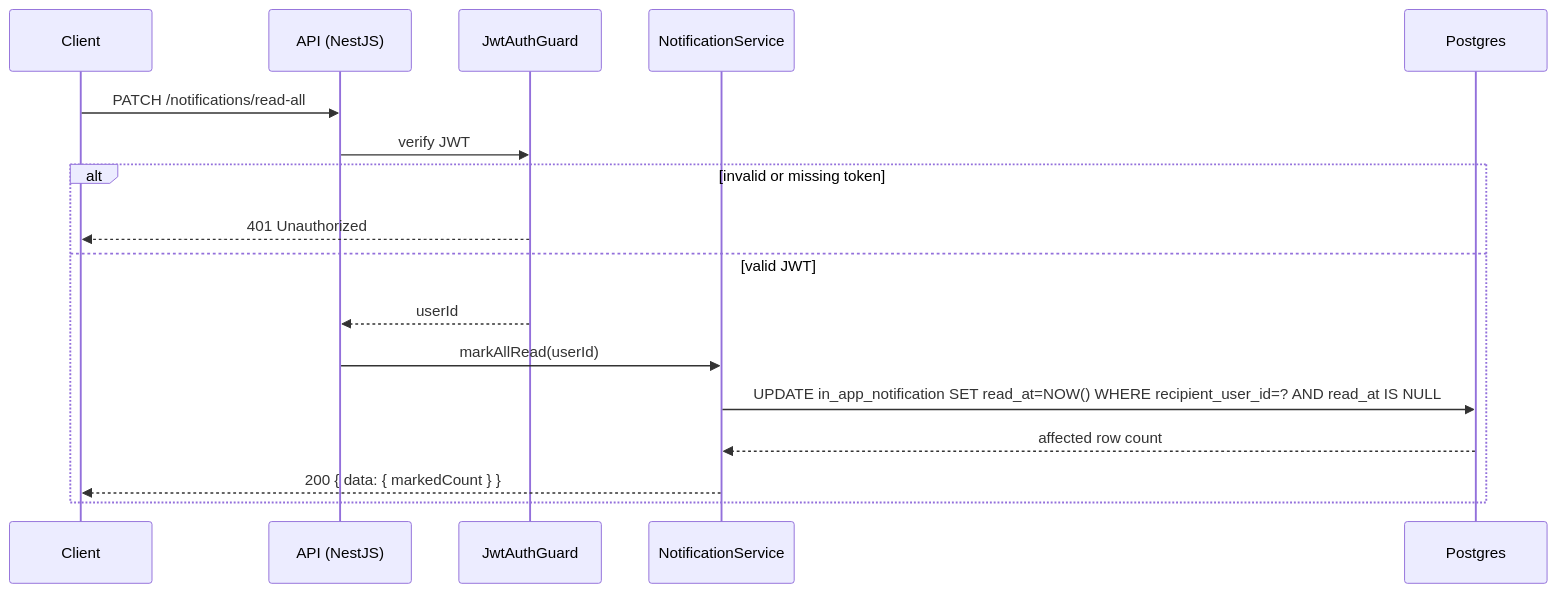
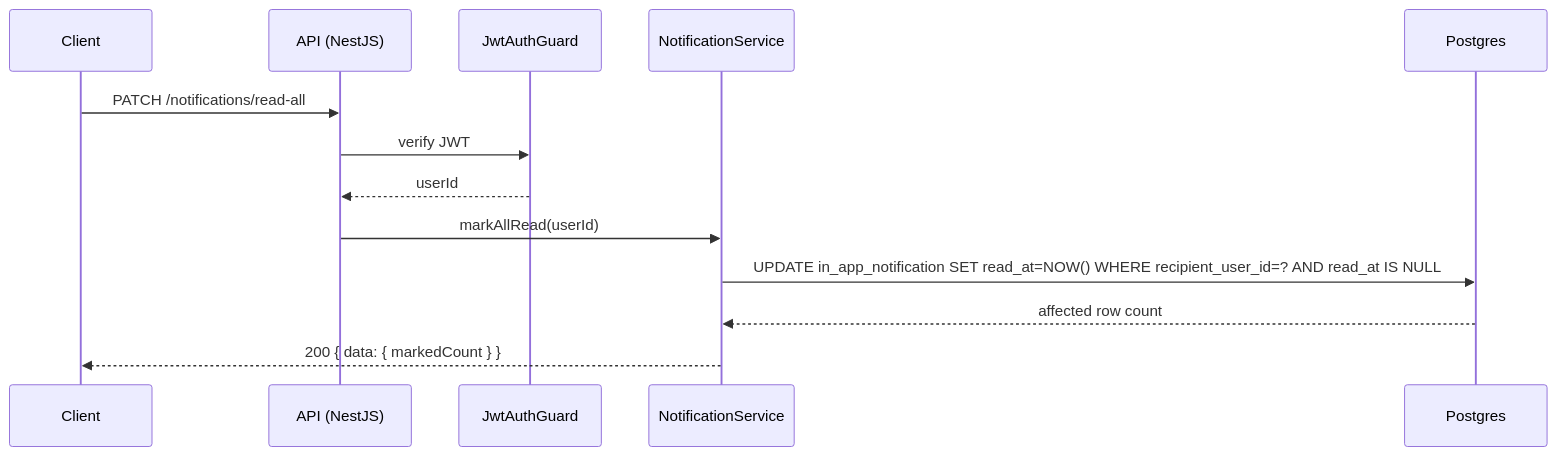
One commit to alisa-uthi/aliceut-ecom-document changed the fourth of 5 diagrams in phase-1/technical-design/api-design/notifications.md. Above: the diagram before and after it, drawn with Mermaid. The commit also changed other lines of this file and 53 other files, not shown here.

````diff
--- a/phase-1/technical-design/api-design/notifications.md
+++ b/phase-1/technical-design/api-design/notifications.md
@@ -199,20 +191,16 @@
 ```mermaid
 sequenceDiagram
     participant C as Client
     participant API as API (NestJS)
     participant JG as JwtAuthGuard
     participant S as NotificationService
     participant PG as Postgres
 
     C->>API: PATCH /notifications/read-all
     API->>JG: verify JWT
-    alt invalid or missing token
-        JG-->>C: 401 Unauthorized
-    else valid JWT
-        JG-->>API: userId
-        API->>S: markAllRead(userId)
-        S->>PG: UPDATE in_app_notification SET read_at=NOW() WHERE recipient_user_id=? AND read_at IS NULL
-        PG-->>S: affected row count
-        S-->>C: 200 { data: { markedCount } }
-    end
+    JG-->>API: userId
+    API->>S: markAllRead(userId)
+    S->>PG: UPDATE in_app_notification SET read_at=NOW() WHERE recipient_user_id=? AND read_at IS NULL
+    PG-->>S: affected row count
+    S-->>C: 200 { data: { markedCount } }
 ```
````
